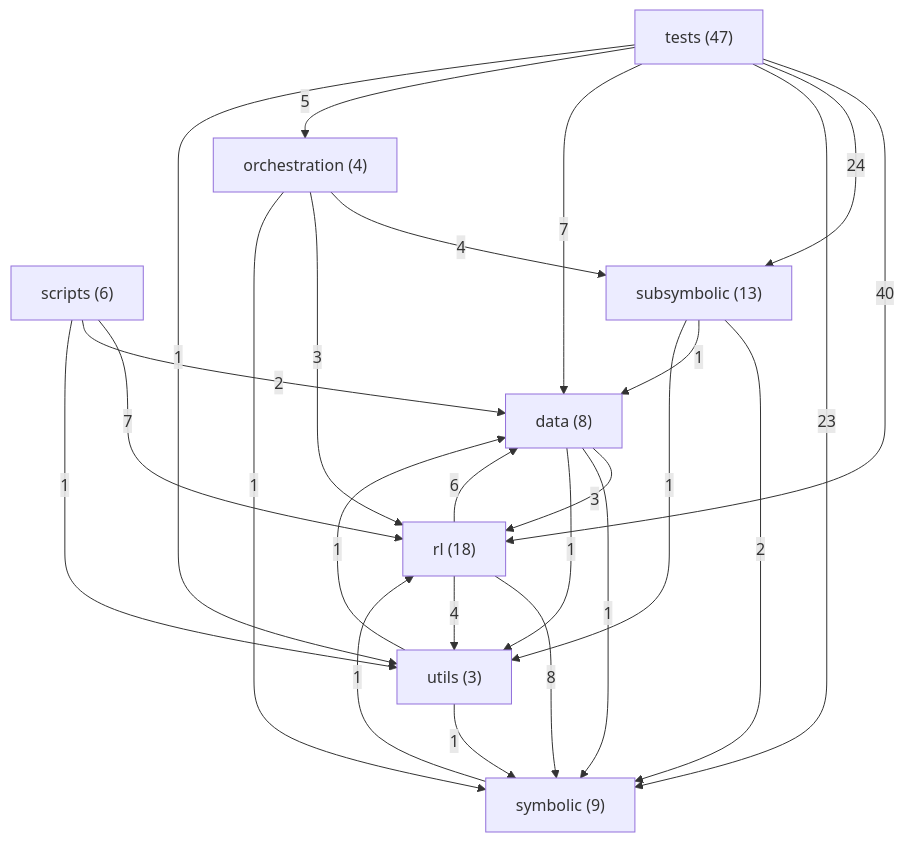
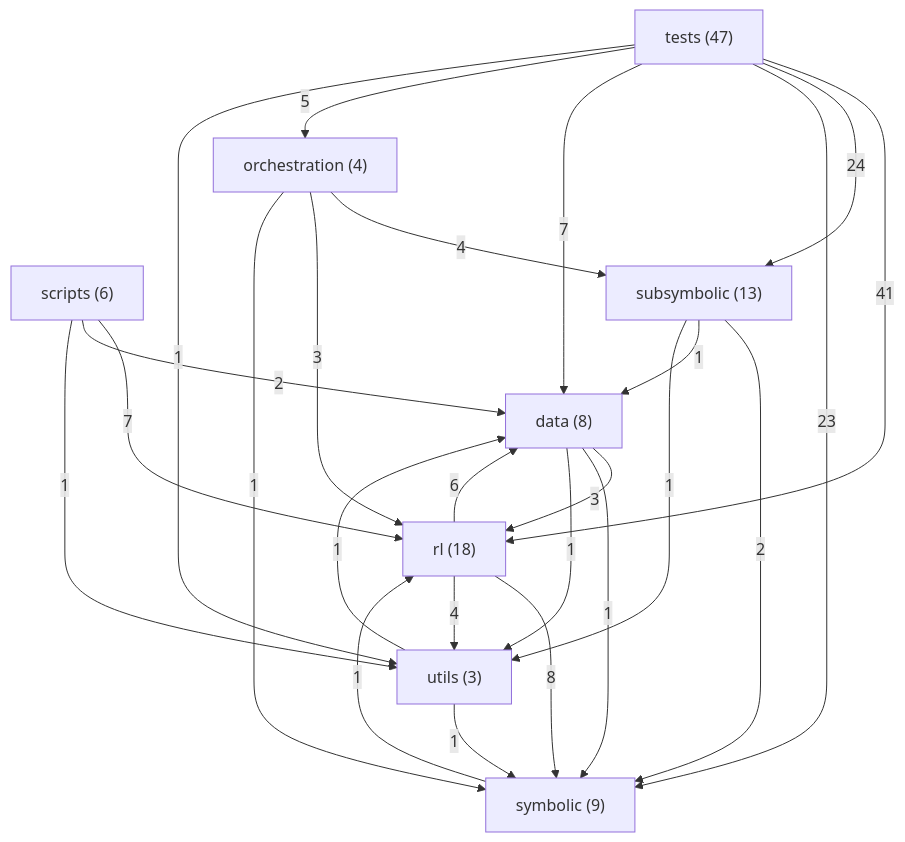
Before and after one commit to danrd/ARC-AGI: the diagram in ARCHITECTURE.md, drawn with Mermaid. The commit also changed other lines of this file and 7 other files, not shown here.

````diff
--- a/ARCHITECTURE.md
+++ b/ARCHITECTURE.md
@@ -127,35 +127,35 @@
 ```mermaid
 graph TD
   data["data (8)"]
   orchestration["orchestration (4)"]
   rl["rl (18)"]
   scripts["scripts (6)"]
   subsymbolic["subsymbolic (13)"]
   symbolic["symbolic (9)"]
   tests["tests (47)"]
   utils["utils (3)"]
-  tests -->|40| rl
+  tests -->|41| rl
   tests -->|24| subsymbolic
   tests -->|23| symbolic
   rl -->|8| symbolic
   scripts -->|7| rl
   tests -->|7| data
   rl -->|6| data
   tests -->|5| orchestration
   orchestration -->|4| subsymbolic
   rl -->|4| utils
   data -->|3| rl
   orchestration -->|3| rl
   scripts -->|2| data
   subsymbolic -->|2| symbolic
   data -->|1| symbolic
   data -->|1| utils
   orchestration -->|1| symbolic
   scripts -->|1| utils
   subsymbolic -->|1| data
   subsymbolic -->|1| utils
   symbolic -->|1| rl
   tests -->|1| utils
   utils -->|1| data
   utils -->|1| symbolic
 ```
````
